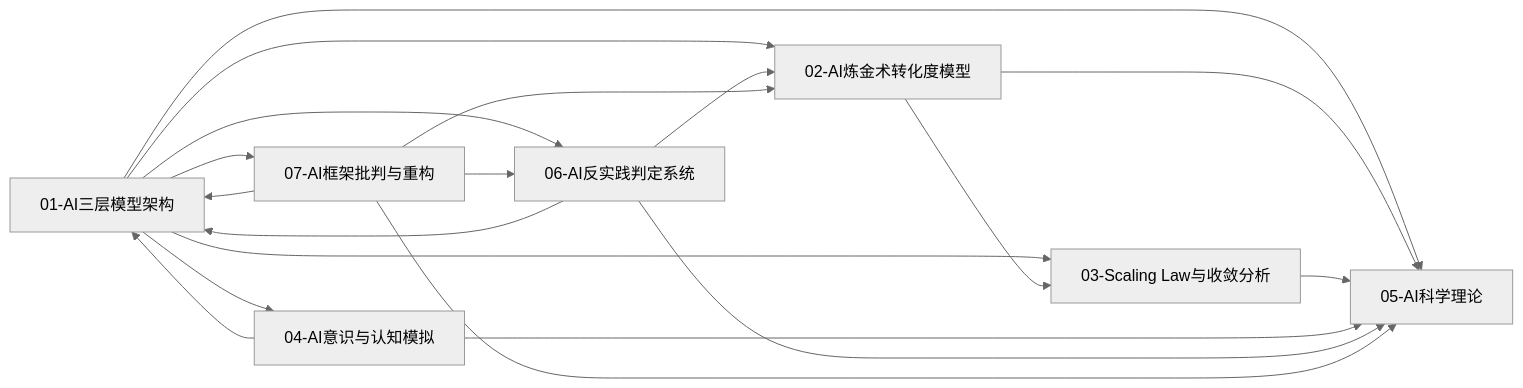
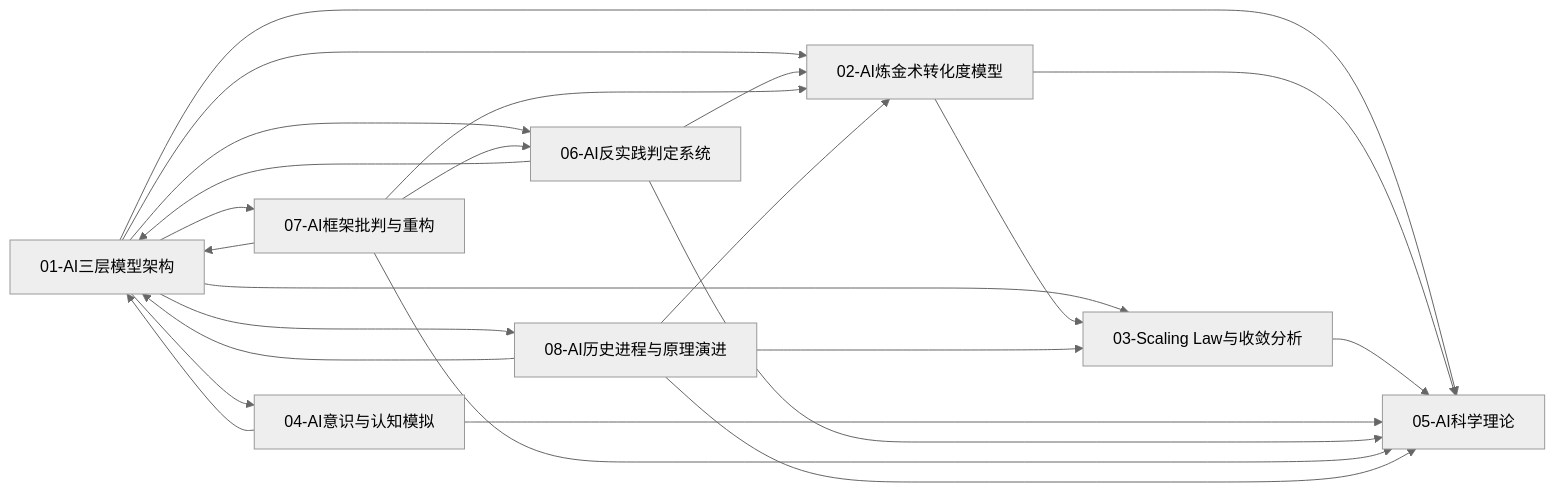
Before and after one commit to AdaMartin18010/FormalAI: the second of 2 diagrams in concepts/README.md, drawn with Mermaid (neutral theme). The commit also changed other lines of this file and 50 other files, not shown here.

````diff
--- a/concepts/README.md
+++ b/concepts/README.md
@@ -316,22 +364,27 @@
 ```mermaid
 graph LR
     A[01-AI三层模型架构] --> B[02-AI炼金术转化度模型]
     A --> C[03-Scaling Law与收敛分析]
     A --> D[04-AI意识与认知模拟]
     A --> E[05-AI科学理论]
     A --> F[06-AI反实践判定系统]
     A --> G[07-AI框架批判与重构]
+    A --> H[08-AI历史进程与原理演进]
 
     B --> C
     B --> E
     C --> E
     D --> E
     D --> A
     F --> A
     F --> B
     F --> E
     G --> A
     G --> B
     G --> E
     G --> F
+    H --> A
+    H --> B
+    H --> C
+    H --> E
 ```
````
